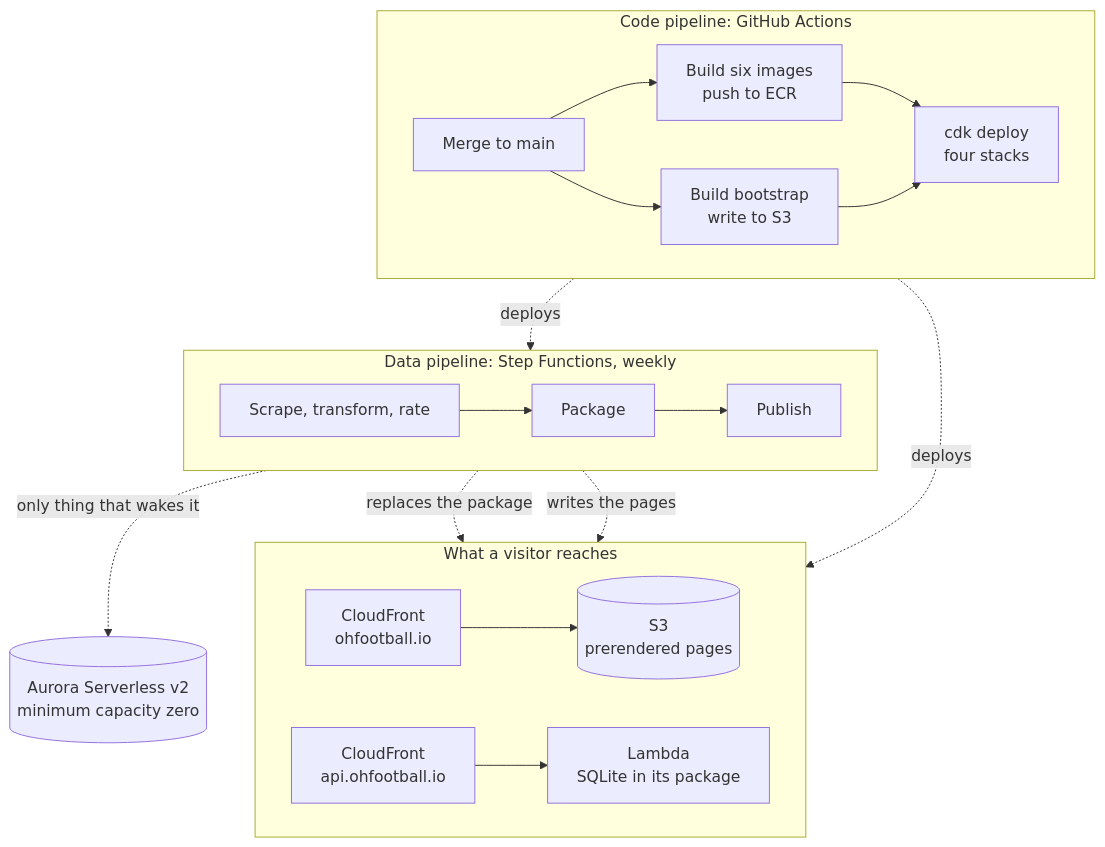
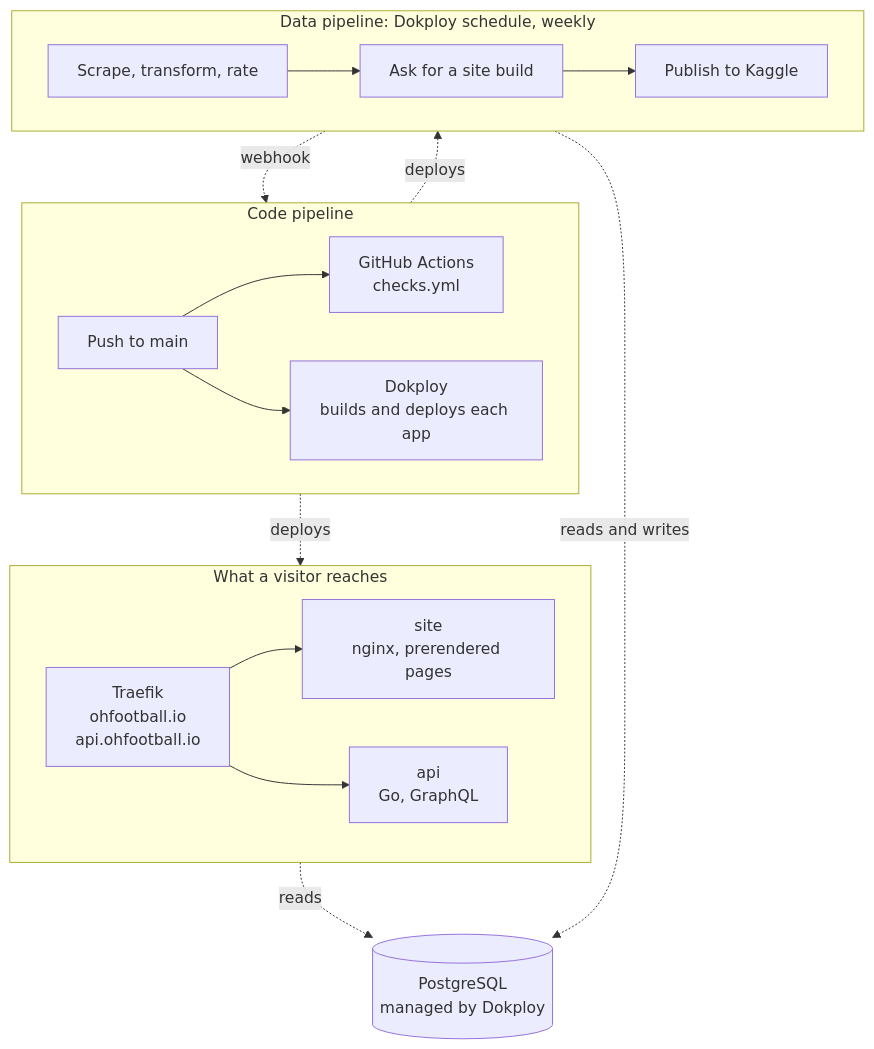
One commit to StephenODea54/ohfootball.io changed the first of 4 diagrams in docs/architecture.md. Above: the diagram before and after it, drawn with Mermaid. The commit also changed other lines of this file, not shown here.

First line of the commit message:
Describe the deployment on Dokploy

````diff
--- a/docs/architecture.md
+++ b/docs/architecture.md
@@ -11,29 +14,27 @@
 ```mermaid
 flowchart TB
-    subgraph code["Code pipeline: GitHub Actions"]
+    subgraph code["Code pipeline"]
         direction LR
-        merge["Merge to main"] --> images["Build six images<br/>push to ECR"]
-        merge --> binary["Build bootstrap<br/>write to S3"]
-        images --> stacks["cdk deploy<br/>four stacks"]
-        binary --> stacks
+        merge["Push to main"] --> checks["GitHub Actions<br/>checks.yml"]
+        merge --> deploy["Dokploy<br/>builds and deploys each app"]
     end
 
-    subgraph data["Data pipeline: Step Functions, weekly"]
+    subgraph data["Data pipeline: Dokploy schedule, weekly"]
         direction LR
-        run["Scrape, transform, rate"] --> pack["Package"] --> pub["Publish"]
+        run["Scrape, transform, rate"] --> site["Ask for a site build"] --> kaggle["Publish to Kaggle"]
     end
 
     subgraph serve["What a visitor reaches"]
         direction LR
-        cdnSite["CloudFront<br/>ohfootball.io"] --> siteBucket[("S3<br/>prerendered pages")]
-        cdnApi["CloudFront<br/>api.ohfootball.io"] --> fn["Lambda<br/>SQLite in its package"]
+        proxy["Traefik<br/>ohfootball.io<br/>api.ohfootball.io"] --> web["site<br/>nginx, prerendered pages"]
+        proxy --> api["api<br/>Go, GraphQL"]
     end
 
-    warehouse[("Aurora Serverless v2<br/>minimum capacity zero")]
+    warehouse[("PostgreSQL<br/>managed by Dokploy")]
 
-    code -.deploys.-> serve
-    code -.deploys.-> data
-    data -.only thing that wakes it.-> warehouse
-    data -.replaces the package.-> fn
-    data -.writes the pages.-> siteBucket
+    deploy -.deploys.-> serve
+    deploy -.deploys.-> data
+    run -.reads and writes.-> warehouse
+    api -.reads.-> warehouse
+    site -.webhook.-> deploy
 ```
````
